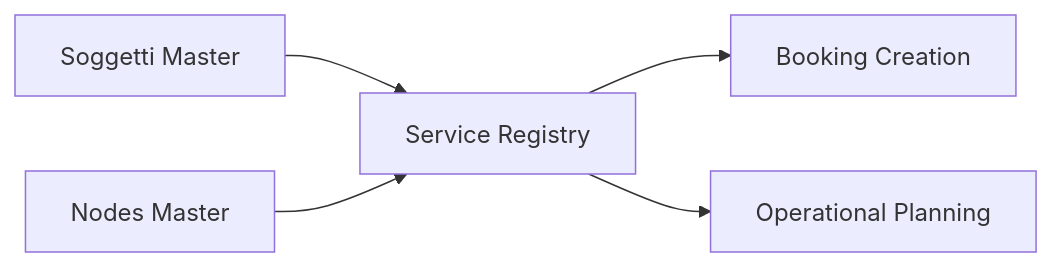
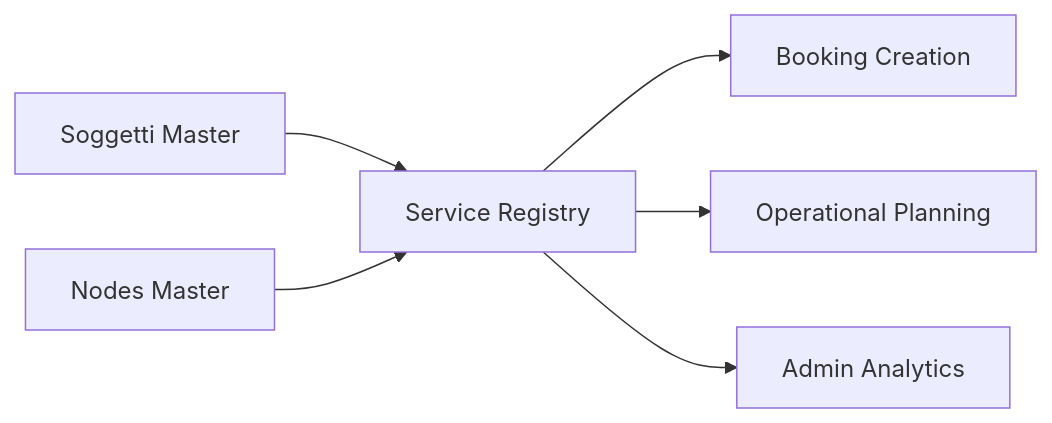
The diagram in magemo/modules/design/services.mdx (wavecentric/docs), drawn with Mermaid before and after one commit. The commit also changed other lines of this file and 12 other files, not shown here.

````diff
--- a/magemo/modules/design/services.mdx
+++ b/magemo/modules/design/services.mdx
@@ -37,7 +46,8 @@
 ```mermaid
 graph LR
     SUB[Soggetti Master] --> S[Service Registry]
     NOD[Nodes Master] --> S
     S --> B[Booking Creation]
     S --> P[Operational Planning]
+    S --> ADM[Admin Analytics]
 ```
````
